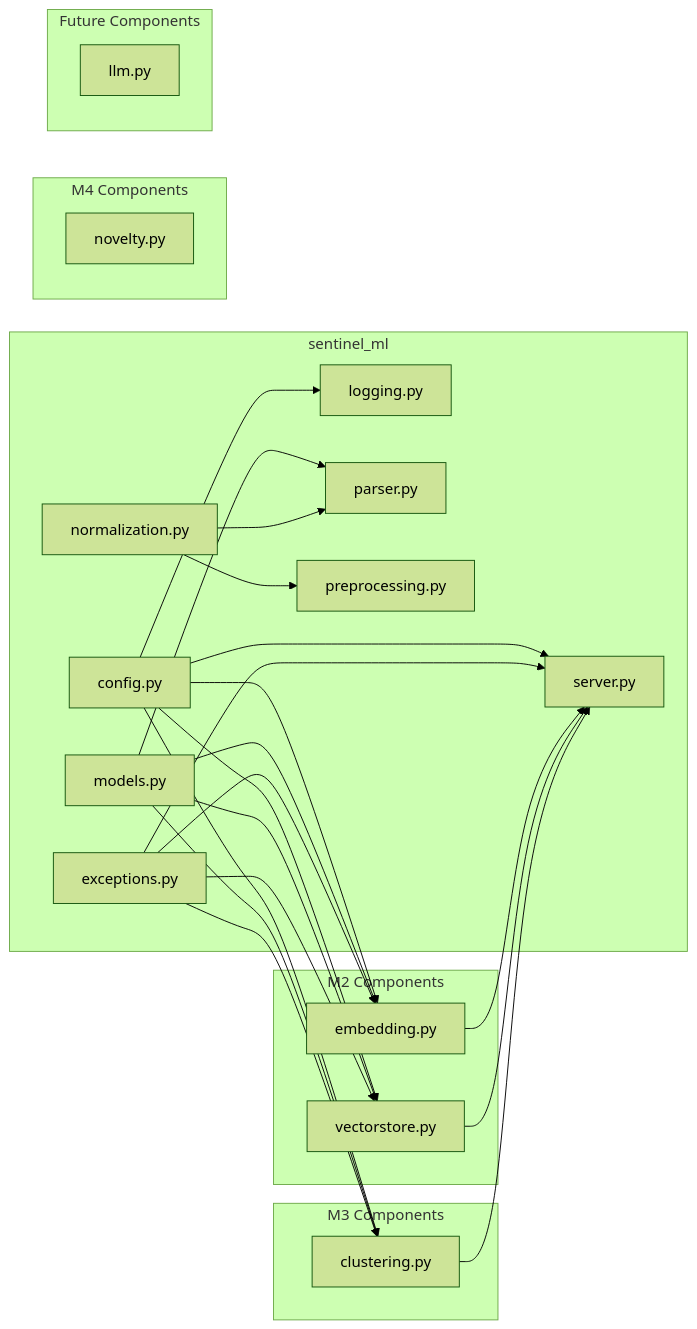
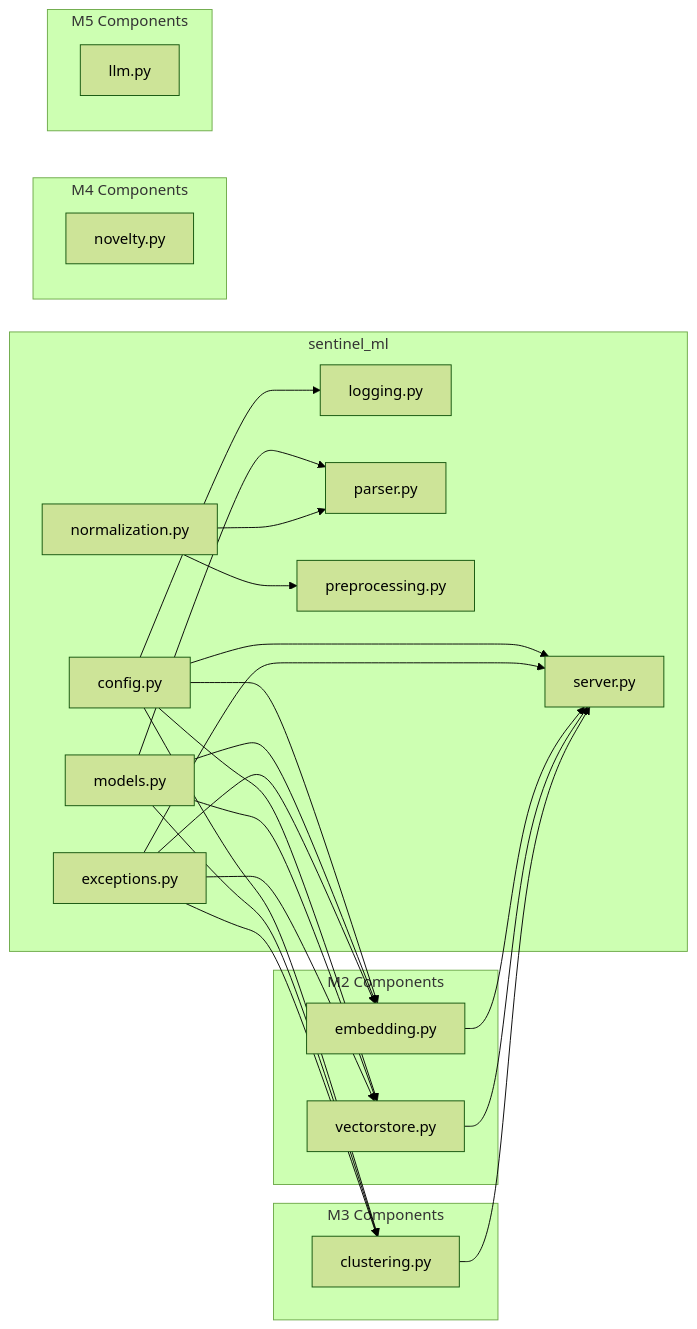
The third of 19 diagrams in docs/architecture.md (varadharajaan/sentinel-log-ai), drawn with Mermaid (forest theme) before and after one commit. The commit also changed other lines of this file and 7 other files, not shown here.

````diff
--- a/docs/architecture.md
+++ b/docs/architecture.md
@@ -125,49 +125,49 @@
 ```mermaid
 graph LR
     subgraph "sentinel_ml"
         MODELS[models.py]
         CONFIG[config.py]
         LOG[logging.py]
         NORM[normalization.py]
         PARSER[parser.py]
         SERVER[server.py]
         EXC[exceptions.py]
         PRE[preprocessing.py]
     end
 
     subgraph "M2 Components"
         EMB[embedding.py]
         VS[vectorstore.py]
     end
 
     subgraph "M3 Components"
         CLUSTER[clustering.py]
     end
 
     subgraph "M4 Components"
         NOVELTY[novelty.py]
     end
 
-    subgraph "Future Components"
+    subgraph "M5 Components"
         LLM[llm.py]
     end
 
     CONFIG --> LOG
     CONFIG --> SERVER
     CONFIG --> EMB
     CONFIG --> VS
     CONFIG --> CLUSTER
     MODELS --> PARSER
     MODELS --> EMB
     MODELS --> VS
     MODELS --> CLUSTER
     NORM --> PARSER
     NORM --> PRE
     EXC --> SERVER
     EXC --> EMB
     EXC --> VS
     EXC --> CLUSTER
     EMB --> SERVER
     VS --> SERVER
     CLUSTER --> SERVER
 ```
````
